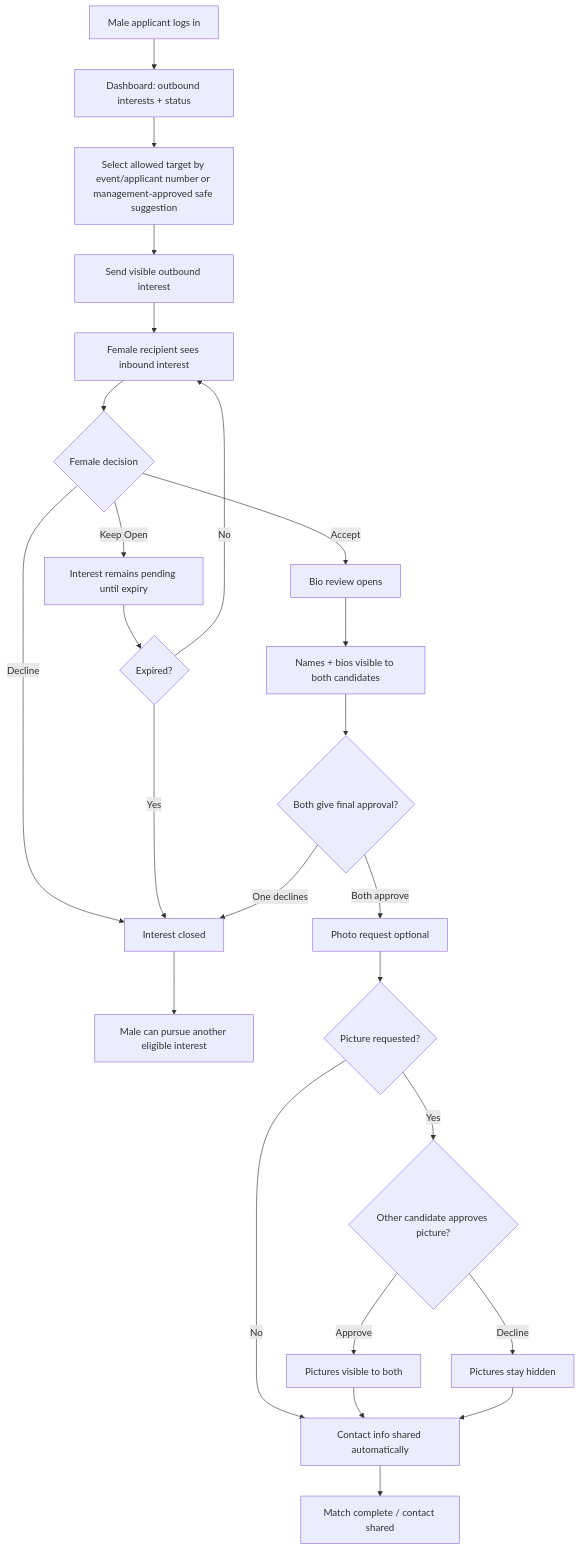
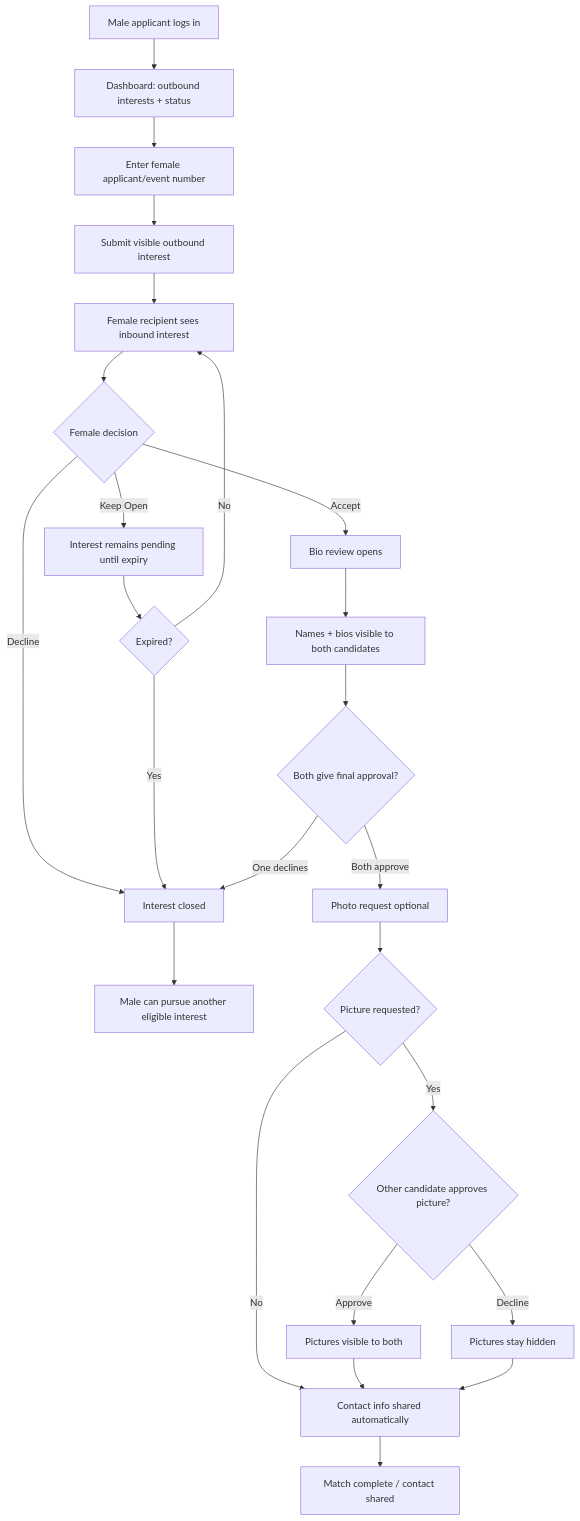
Before and after one commit to moeghashim/taaruf: the first of 2 diagrams in docs/interest-management-flow-graph.md, drawn with Mermaid. The commit also changed other lines of this file and 3 other files, not shown here.

Commit message:
Clarify number-based interest visibility

````diff
--- a/docs/interest-management-flow-graph.md
+++ b/docs/interest-management-flow-graph.md
@@ -5,32 +5,32 @@
 ```mermaid
 flowchart TD
   A["Male applicant logs in"] --> B["Dashboard: outbound interests + status"]
-  B --> C["Select allowed target by event/applicant number or management-approved safe suggestion"]
-  C --> D["Send visible outbound interest"]
+  B --> C["Enter female applicant/event number"]
+  C --> D["Submit visible outbound interest"]
   D --> E["Female recipient sees inbound interest"]
   E --> F{"Female decision"}
 
   F -->|Decline| G["Interest closed"]
   G --> H["Male can pursue another eligible interest"]
 
   F -->|Keep Open| I["Interest remains pending until expiry"]
   I --> J{"Expired?"}
   J -->|No| E
   J -->|Yes| G
 
   F -->|Accept| K["Bio review opens"]
   K --> L["Names + bios visible to both candidates"]
   L --> M{"Both give final approval?"}
   M -->|One declines| G
   M -->|Both approve| N["Photo request optional"]
 
   N --> O{"Picture requested?"}
   O -->|No| P["Contact info shared automatically"]
   O -->|Yes| Q{"Other candidate approves picture?"}
   Q -->|Approve| R["Pictures visible to both"]
   R --> P
   Q -->|Decline| S["Pictures stay hidden"]
   S --> P
 
   P --> T["Match complete / contact shared"]
 ```
````
